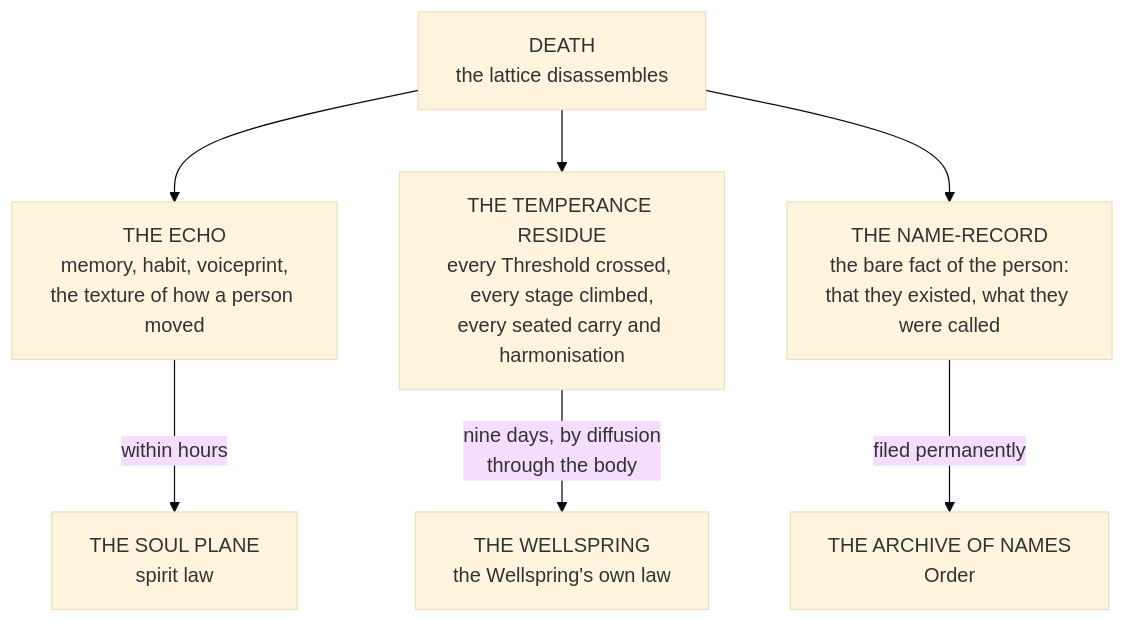
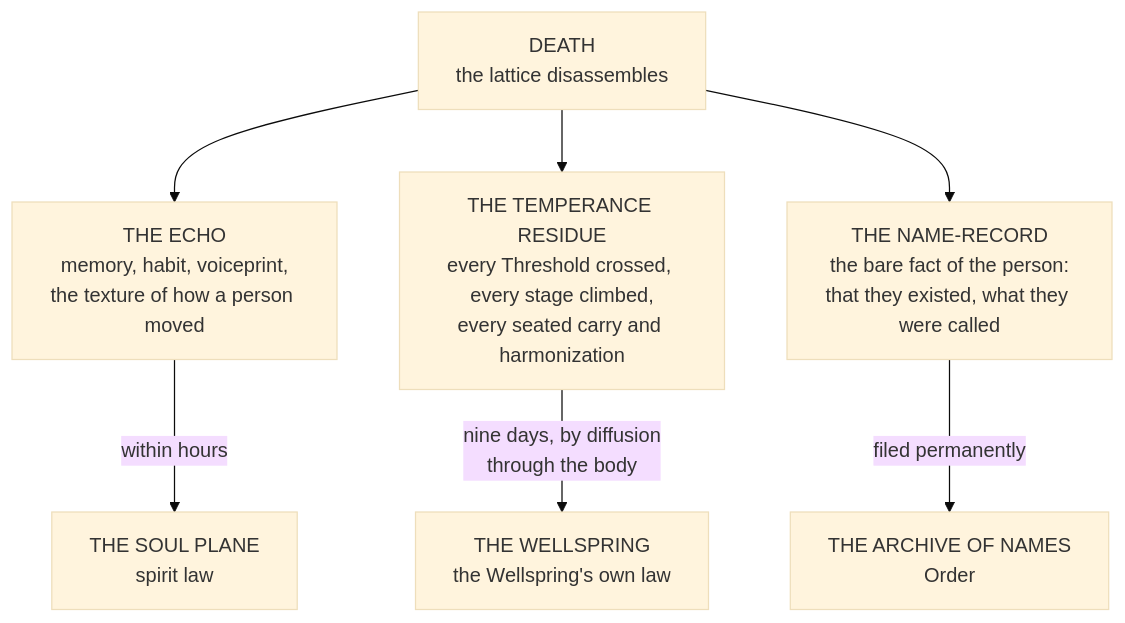
The diagram in wiki/The War Cycle/The Wounded and the Dead/The Crossing.md (vispotvision/wotr-rule-index), drawn with Mermaid (base theme) before and after one commit. The commit also changed other lines of this file and 160 other files, not shown here.

````diff
--- a/wiki/The War Cycle/The Wounded and the Dead/The Crossing.md
+++ b/wiki/The War Cycle/The Wounded and the Dead/The Crossing.md
@@ -19,10 +23,10 @@
 ```mermaid
 flowchart TD
     D["DEATH<br>the lattice disassembles"]
     D --> E["THE ECHO<br>memory, habit, voiceprint,<br>the texture of how a person moved"]
-    D --> T["THE TEMPERANCE RESIDUE<br>every Threshold crossed, every stage climbed,<br>every seated carry and harmonisation"]
+    D --> T["THE TEMPERANCE RESIDUE<br>every Threshold crossed, every stage climbed,<br>every seated carry and harmonization"]
     D --> N["THE NAME-RECORD<br>the bare fact of the person:<br>that they existed, what they were called"]
     E -->|"within hours"| SP["THE SOUL PLANE<br>spirit law"]
     T -->|"nine days, by diffusion<br>through the body"| W["THE WELLSPRING<br>the Wellspring's own law"]
     N -->|"filed permanently"| A["THE ARCHIVE OF NAMES<br>Order"]
 ```
````
